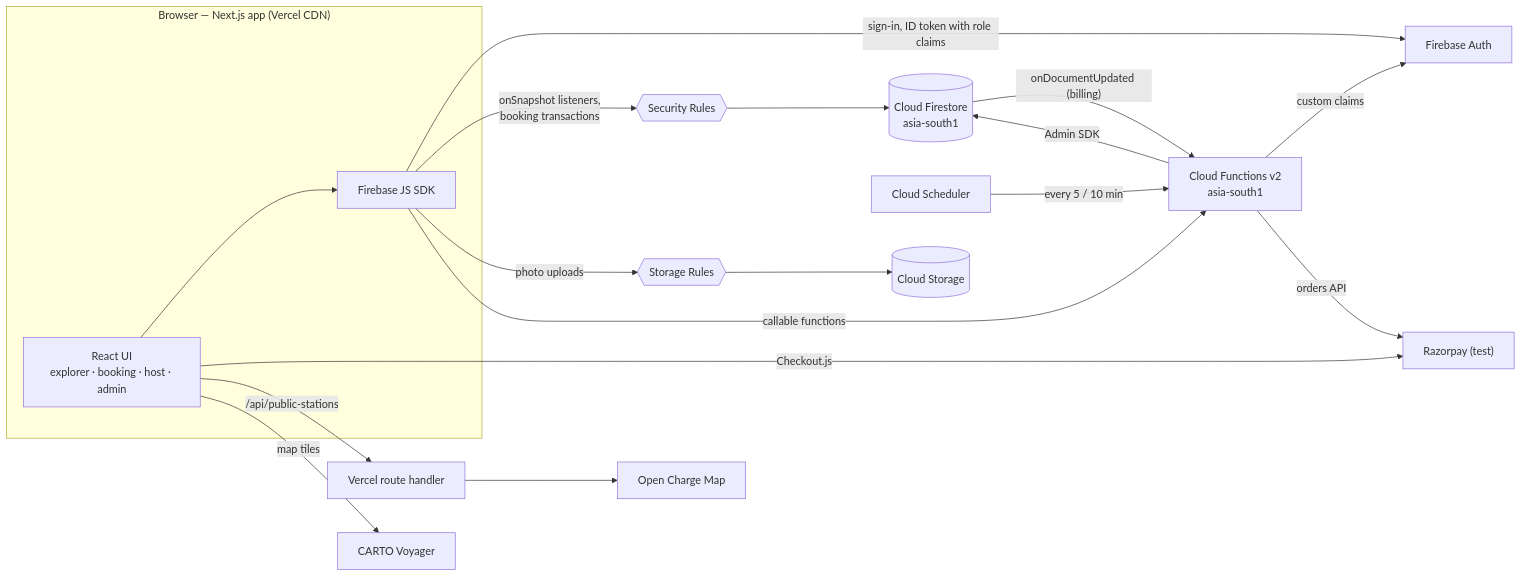
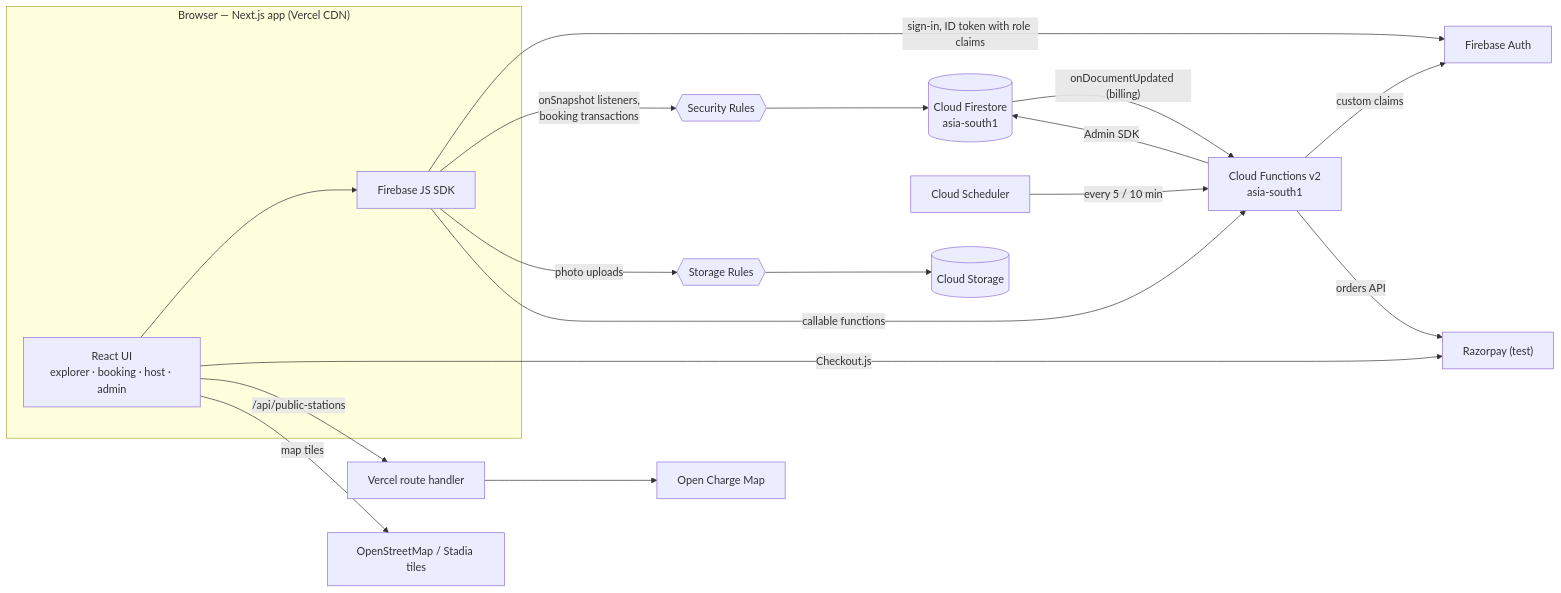
One commit to LavanyaKathuria/VoltShare changed the diagram in README.md. Above: the diagram before and after it, drawn with Mermaid. The commit also changed other lines of this file and 5 other files, not shown here.

Commit message:
Map: switch basemap from CARTO (now needs an API key) to OpenStreetMap, optional Stadia Maps

````diff
--- a/README.md
+++ b/README.md
@@ -29,21 +29,21 @@
 ```mermaid
 flowchart LR
   subgraph Browser["Browser — Next.js app (Vercel CDN)"]
     UI["React UI<br/>explorer · booking · host · admin"]
     SDK["Firebase JS SDK"]
   end
   UI --> SDK
   SDK -- "sign-in, ID token with role claims" --> AUTH["Firebase Auth"]
   SDK -- "onSnapshot listeners,<br/>booking transactions" --> RULES{{"Security Rules"}}
   RULES --> FS[("Cloud Firestore<br/>asia-south1")]
   SDK -- "photo uploads" --> SRULES{{"Storage Rules"}} --> ST[("Cloud Storage")]
   SDK -- "callable functions" --> CF["Cloud Functions v2<br/>asia-south1"]
   FS -- "onDocumentUpdated (billing)" --> CF
   SCHED["Cloud Scheduler"] -- "every 5 / 10 min" --> CF
   CF -- "Admin SDK" --> FS
   CF -- "custom claims" --> AUTH
   CF -- "orders API" --> RZP["Razorpay (test)"]
   UI -- "Checkout.js" --> RZP
   UI -- "/api/public-stations" --> ROUTE["Vercel route handler"] --> OCM["Open Charge Map"]
-  UI -- "map tiles" --> CARTO["CARTO Voyager"]
+  UI -- "map tiles" --> TILES["OpenStreetMap / Stadia tiles"]
 ```
````
